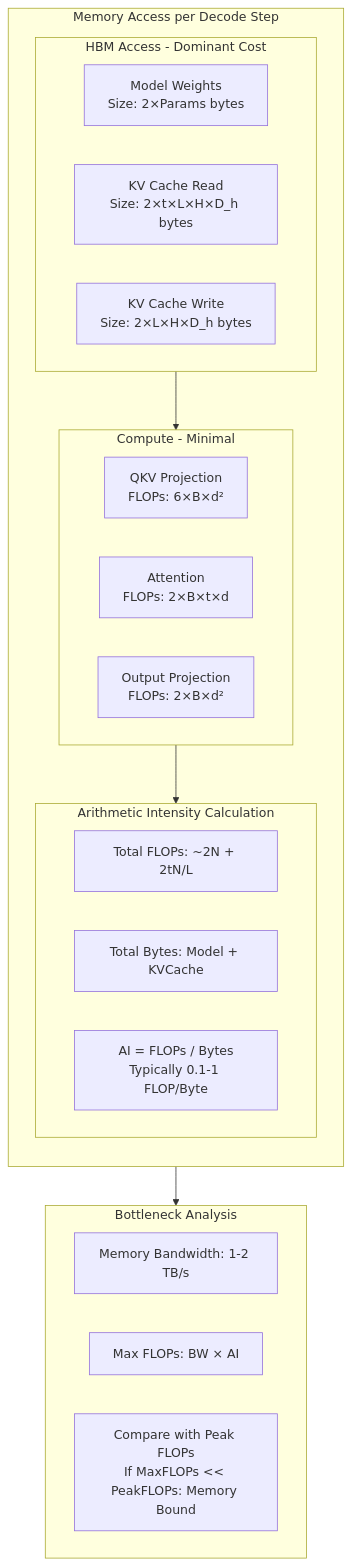
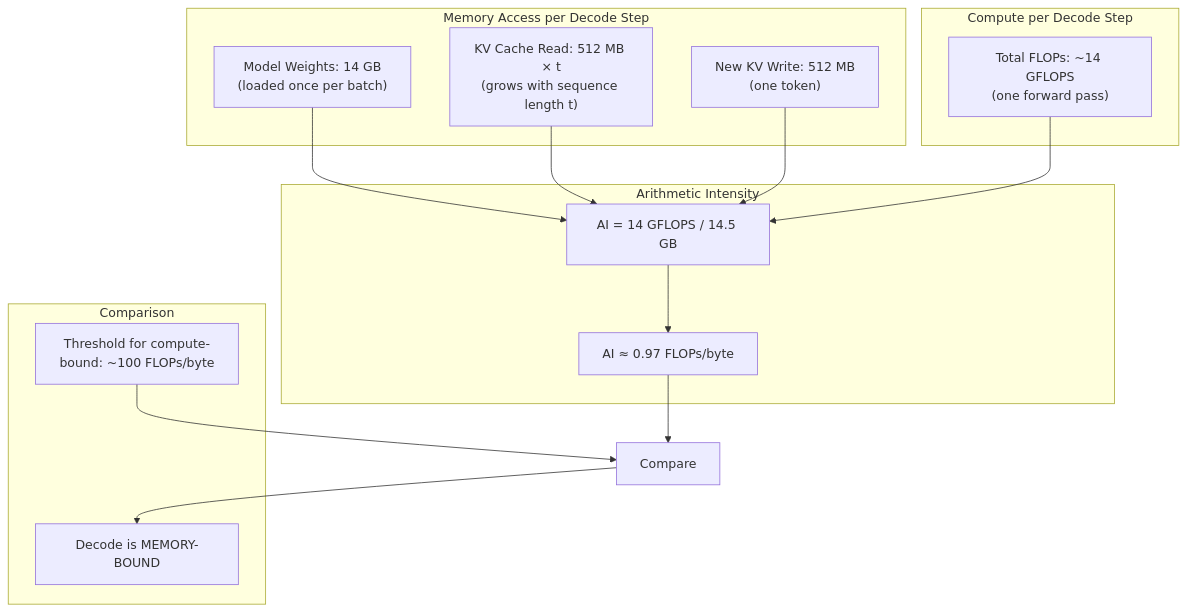
One commit to Shahriarin2garden/vllm_from_scratch changed diagram 20 of 37 in lab0.2/README.md. Above: the diagram before and after it, drawn with Mermaid. The commit also changed other lines of this file and 1 other file, not shown here.

````diff
--- a/lab0.2/README.md
+++ b/lab0.2/README.md
@@ -903,35 +702,25 @@
 ```mermaid
-flowchart TD
-    subgraph MemoryAccess["Memory Access per Decode Step"]
-        direction TB
-
-        subgraph HBM["HBM Access - Dominant Cost"]
-            W["Model Weights<br/>Size: 2×Params bytes"]
-            KVC["KV Cache Read<br/>Size: 2×t×L×H×D_h bytes"]
-            NewKV["KV Cache Write<br/>Size: 2×L×H×D_h bytes"]
-        end
-
-        subgraph Compute["Compute - Minimal"]
-            QKV["QKV Projection<br/>FLOPs: 6×B×d²"]
-            Attn["Attention<br/>FLOPs: 2×B×t×d"]
-            Proj["Output Projection<br/>FLOPs: 2×B×d²"]
-        end
-
-        subgraph ArithmeticIntensity["Arithmetic Intensity Calculation"]
-            TotalFLOPs["Total FLOPs: ~2N + 2tN/L"]
-            TotalBytes["Total Bytes: Model + KVCache"]
-            AI["AI = FLOPs / Bytes<br/>Typically 0.1-1 FLOP/Byte"]
-        end
+graph TD
+    subgraph "Memory Access per Decode Step"
+        Weights["Model Weights: 14 GB<br/>(loaded once per batch)"]
+        KVRead["KV Cache Read: 512 MB × t<br/>(grows with sequence length t)"]
+        KVWrite["New KV Write: 512 MB<br/>(one token)"]
     end
-
-    HBM --> Compute --> ArithmeticIntensity
-
-    subgraph Bottleneck["Bottleneck Analysis"]
-        BW["Memory Bandwidth: 1-2 TB/s"]
-        MaxFLOPs["Max FLOPs: BW × AI"]
-        Compare["Compare with Peak FLOPs<br/>If MaxFLOPs << PeakFLOPs: Memory Bound"]
+    subgraph "Compute per Decode Step"
+        FLOPS["Total FLOPs: ~14 GFLOPS<br/>(one forward pass)"]
     end
-
-    ArithmeticIntensity --> Bottleneck
-
+    subgraph "Arithmetic Intensity"
+        AI_calc["AI = 14 GFLOPS / 14.5 GB"]
+        AI_val["AI ≈ 0.97 FLOPs/byte"]
+    end
+    subgraph "Comparison"
+        Threshold["Threshold for compute-bound: ~100 FLOPs/byte"]
+        Conclusion["Decode is MEMORY-BOUND"]
+    end
+    Weights & KVRead & KVWrite --> AI_calc
+    FLOPS --> AI_calc
+    AI_calc --> AI_val
+    AI_val --> Compare["Compare"]
+    Threshold --> Compare
+    Compare --> Conclusion
 ```
````
